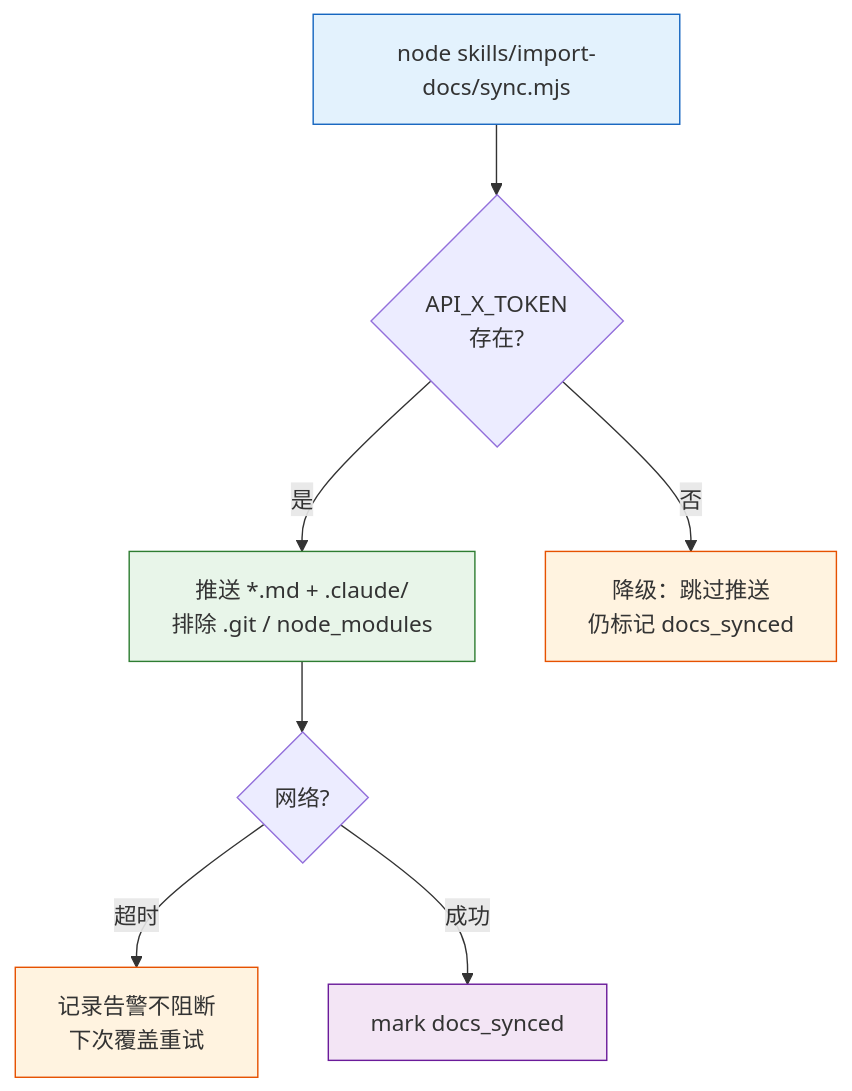
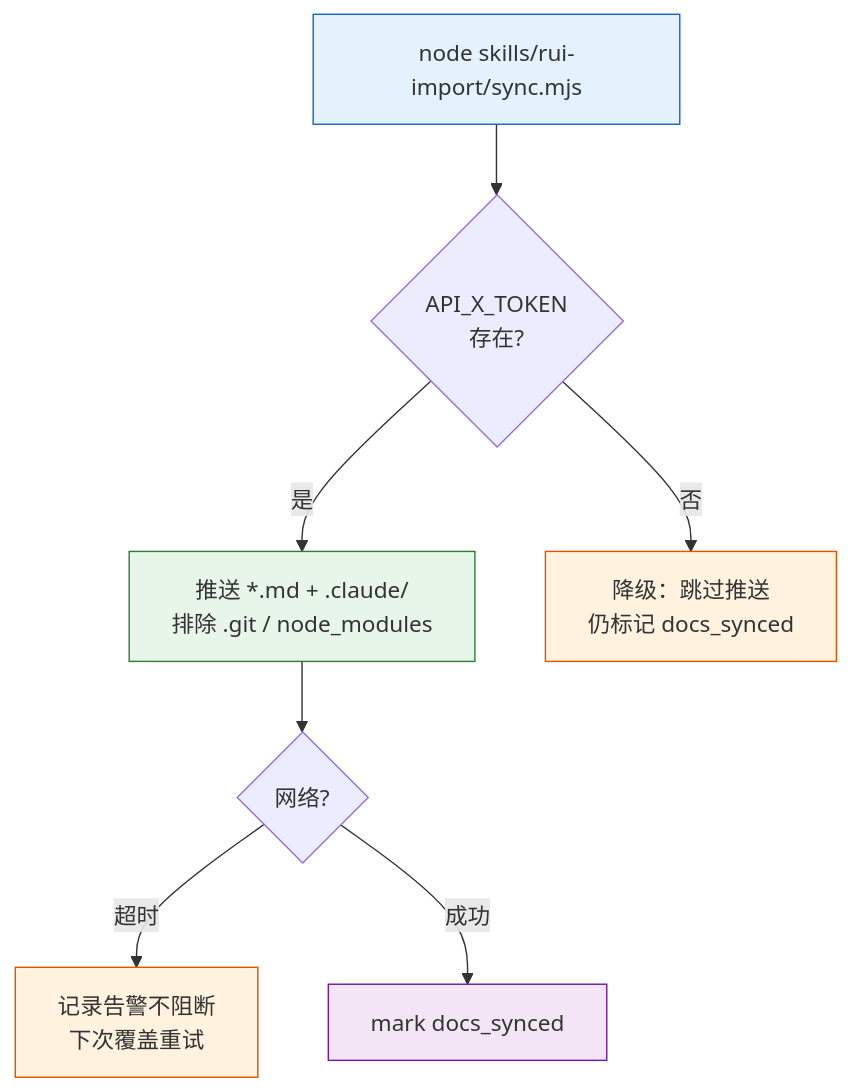
The fourth of 10 diagrams in rules/delivery-gate.md (effiy/YrY), drawn with Mermaid before and after one commit. The commit also changed other lines of this file and 41 other files, not shown here.

````diff
--- a/rules/delivery-gate.md
+++ b/rules/delivery-gate.md
@@ -105,14 +105,14 @@
 ```mermaid
 flowchart TD
-    SYNC["node skills/import-docs/sync.mjs"]:::step --> Q1{"API_X_TOKEN<br/>存在?"}
+    SYNC["node skills/rui-import/sync.mjs"]:::step --> Q1{"API_X_TOKEN<br/>存在?"}
     Q1 -->|"是"| PUSH["推送 *.md + .claude/<br/>排除 .git / node_modules"]:::push
     Q1 -->|"否"| NOOP["降级：跳过推送<br/>仍标记 docs_synced"]:::warn
     PUSH --> Q2{"网络?"}
     Q2 -->|"超时"| WARN["记录告警不阻断<br/>下次覆盖重试"]:::warn
     Q2 -->|"成功"| MARK["mark docs_synced"]:::mark
 
     classDef step fill:#e3f2fd,stroke:#1565c0;
     classDef push fill:#e8f5e9,stroke:#2e7d32;
     classDef warn fill:#fff3e0,stroke:#e65100;
     classDef mark fill:#f3e5f5,stroke:#6a1b9a;
 ```
````
